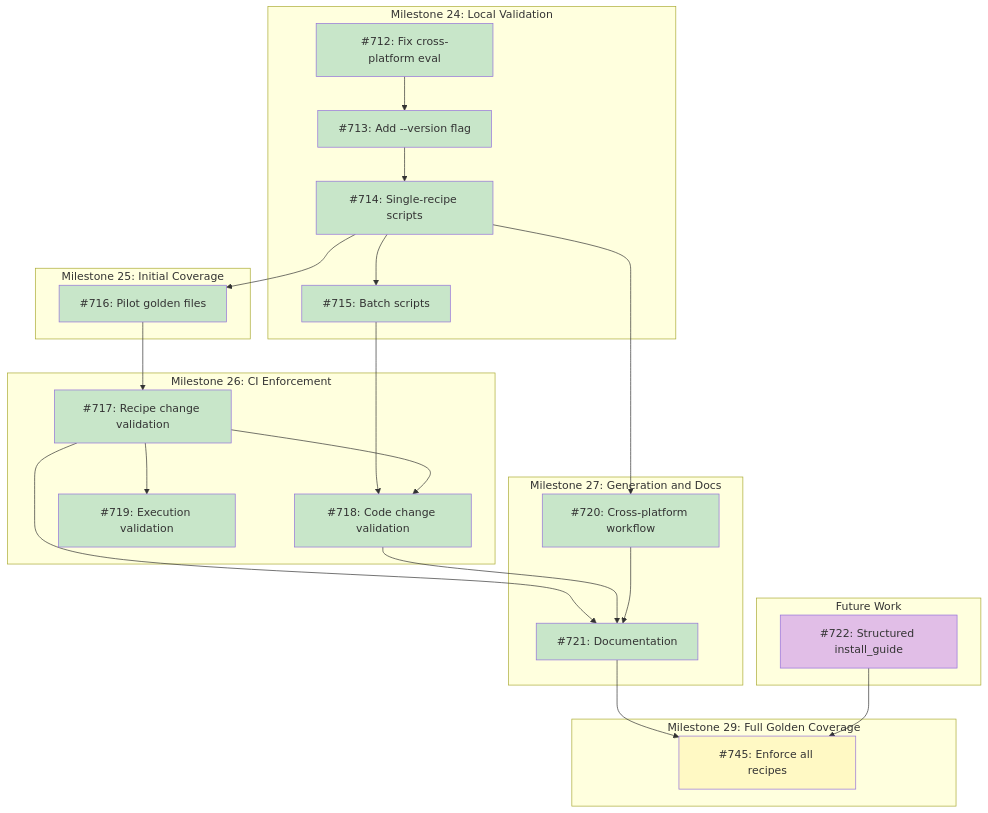
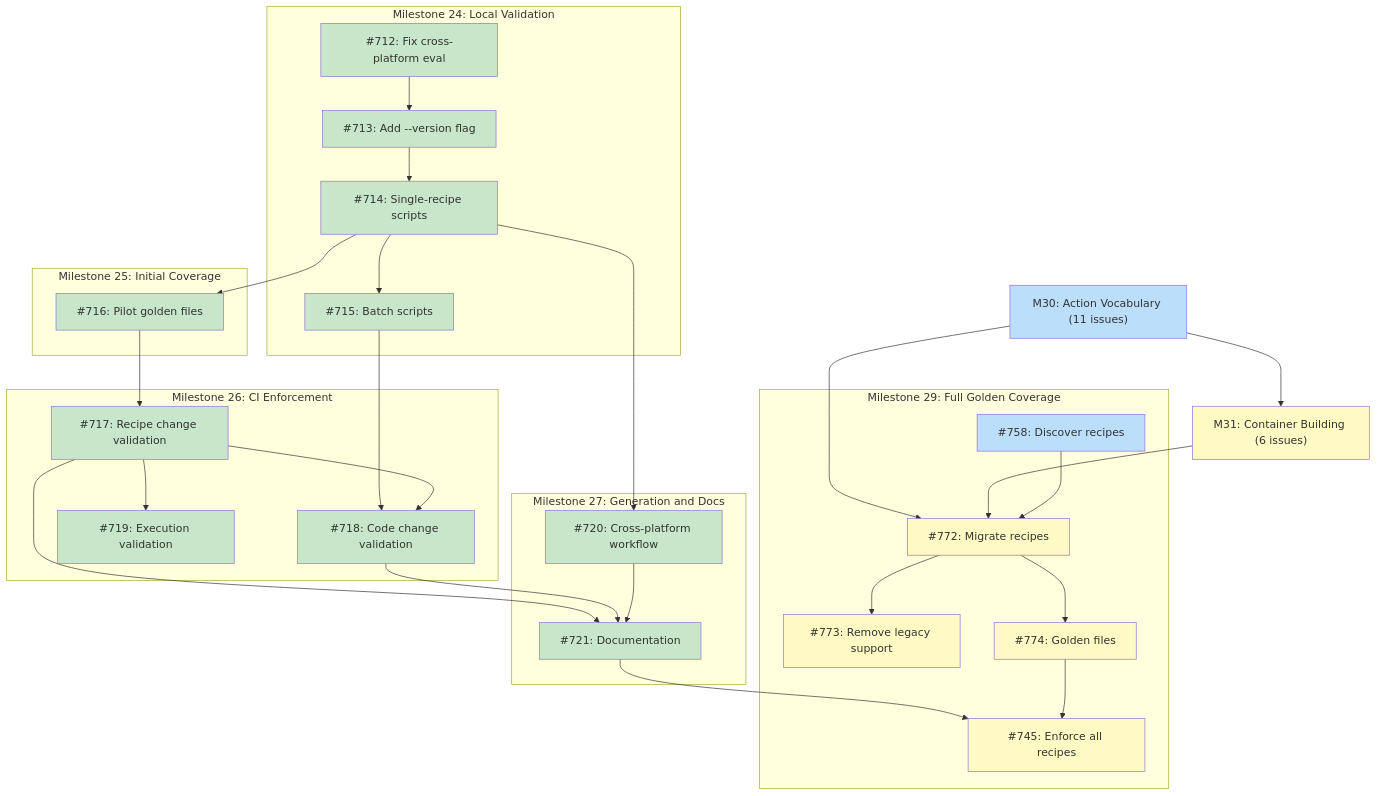
Before and after one commit to tsukumogami/tsuku: the diagram in docs/DESIGN-golden-plan-testing.md, drawn with Mermaid. The commit also changed other lines of this file and 2 other files, not shown here.

First line of the commit message:
docs(design): plan system dependency actions and structured install guide (#753)

````diff
--- a/docs/DESIGN-golden-plan-testing.md
+++ b/docs/DESIGN-golden-plan-testing.md
@@ -48,56 +59,65 @@
 ```mermaid
 graph TD
     subgraph M24["Milestone 24: Local Validation"]
         I712["#712: Fix cross-platform eval"]
         I713["#713: Add --version flag"]
         I714["#714: Single-recipe scripts"]
         I715["#715: Batch scripts"]
     end
 
     subgraph M25["Milestone 25: Initial Coverage"]
         I716["#716: Pilot golden files"]
     end
 
     subgraph M26["Milestone 26: CI Enforcement"]
         I717["#717: Recipe change validation"]
         I718["#718: Code change validation"]
         I719["#719: Execution validation"]
     end
 
     subgraph M27["Milestone 27: Generation and Docs"]
         I720["#720: Cross-platform workflow"]
         I721["#721: Documentation"]
     end
 
+    M30["M30: Action Vocabulary (11 issues)"]
+    M31["M31: Container Building (6 issues)"]
+
     subgraph M29["Milestone 29: Full Golden Coverage"]
+        I758["#758: Discover recipes"]
+        I772["#772: Migrate recipes"]
+        I773["#773: Remove legacy support"]
+        I774["#774: Golden files"]
         I745["#745: Enforce all recipes"]
-    end
-
-    subgraph Future["Future Work"]
-        I722["#722: Structured install_guide"]
     end
 
     I712 --> I713
     I713 --> I714
     I714 --> I715
     I714 --> I716
     I714 --> I720
     I716 --> I717
     I715 --> I718
     I717 --> I718
     I717 --> I719
     I717 --> I721
     I718 --> I721
     I720 --> I721
+
+    M30 --> M31
+    M30 --> I772
+    M31 --> I772
+    I758 --> I772
+    I772 --> I773
+    I772 --> I774
     I721 --> I745
-    I722 --> I745
+    I774 --> I745
 
     classDef done fill:#c8e6c9
     classDef ready fill:#bbdefb
     classDef blocked fill:#fff9c4
-    classDef needsDesign fill:#e1bee7
 
     class I712,I713,I714,I715,I716,I717,I718,I719,I720,I721 done
-    class I745 blocked
-    class I722 needsDesign
+    class M30,I758 ready
+    class M31,I772,I773,I774,I745 blocked
 ```
````
